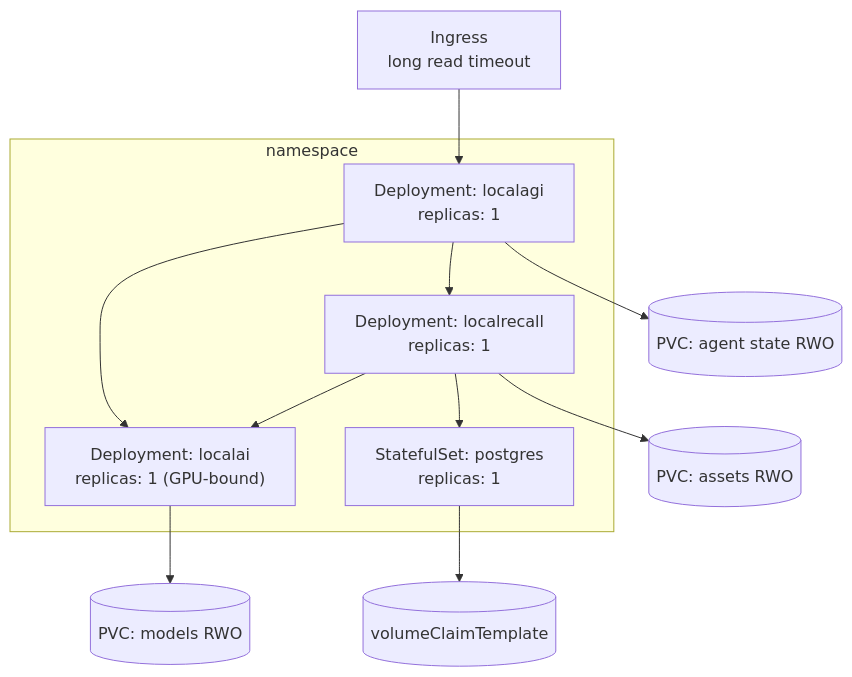
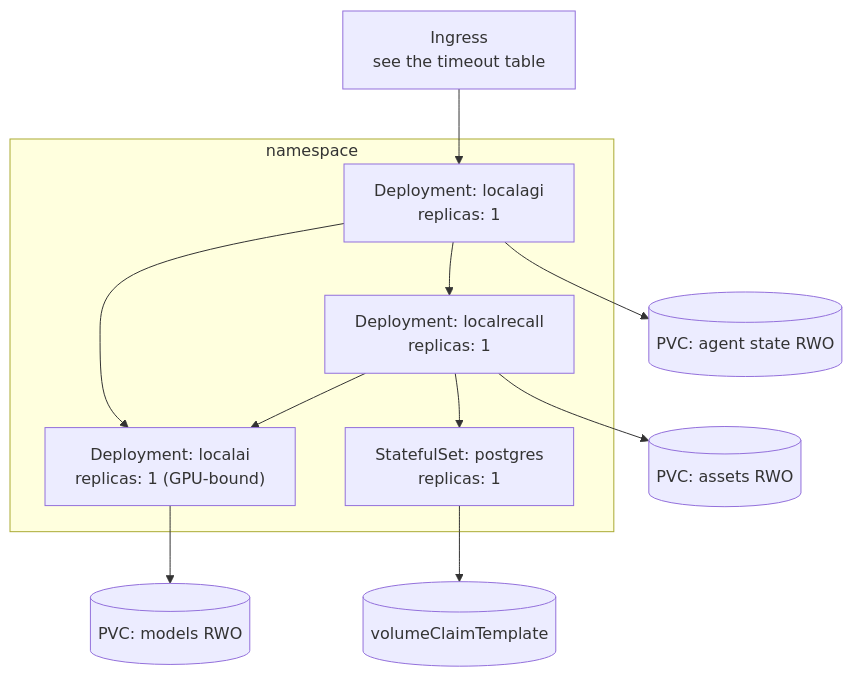
One commit to wrkode/local-ai-stack-handbook changed the diagram in docs/06-deployment/kubernetes.md. Above: the diagram before and after it, drawn with Mermaid. The commit also changed other lines of this file and 4 other files, not shown here.

First line of the commit message:
Validate Ingress on Traefik; correct an over-broad timeout claim

````diff
--- a/docs/06-deployment/kubernetes.md
+++ b/docs/06-deployment/kubernetes.md
@@ -42,22 +43,22 @@
 ```mermaid
 flowchart TB
-  ING["Ingress<br/>long read timeout"]
+  ING["Ingress<br/>see the timeout table"]
   subgraph NS["namespace"]
     AG["Deployment: localagi<br/>replicas: 1"]
     LAI["Deployment: localai<br/>replicas: 1 (GPU-bound)"]
     LR["Deployment: localrecall<br/>replicas: 1"]
     PG["StatefulSet: postgres<br/>replicas: 1"]
   end
   PVC1[("PVC: models RWO")]
   PVC2[("PVC: agent state RWO")]
   PVC3[("PVC: assets RWO")]
   ING --> AG
   AG --> LAI
   AG --> LR
   LR --> LAI
   LR --> PG
   LAI --> PVC1
   AG --> PVC2
   LR --> PVC3
   PG --> PVC4[("volumeClaimTemplate")]
 ```
````
